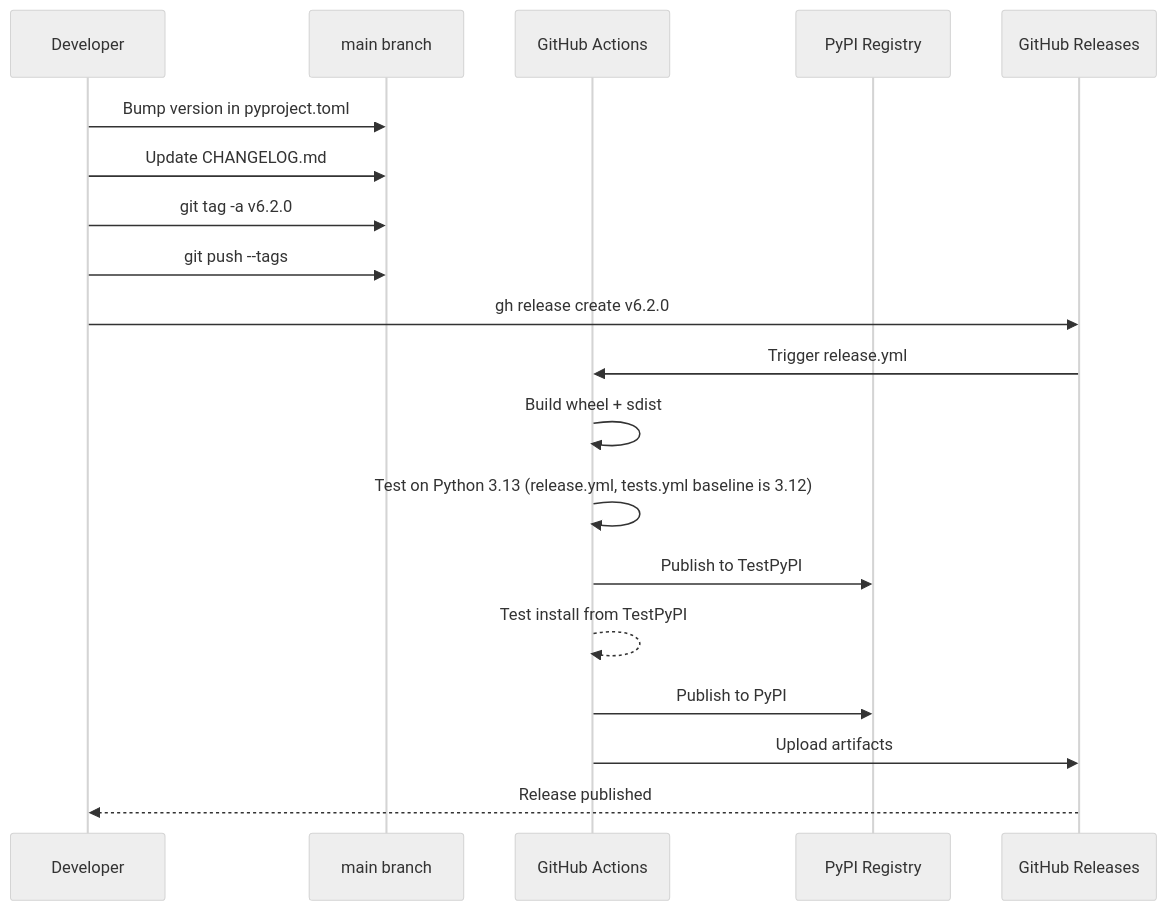
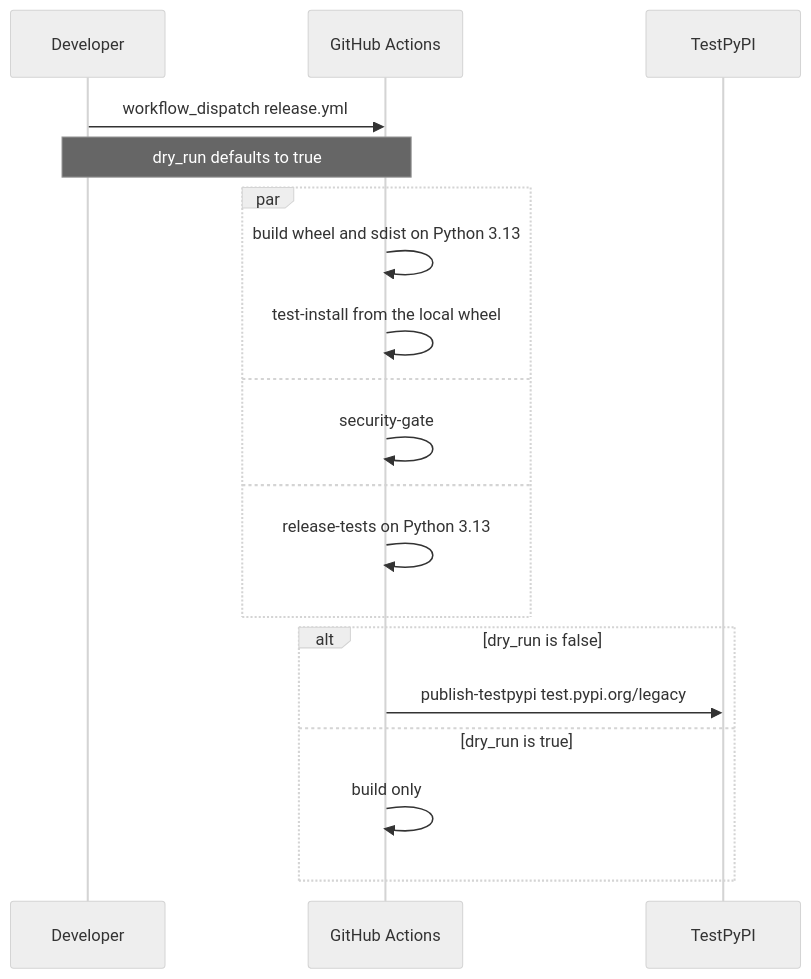
One commit to SatoryKono/BioactivityDataAcquisition changed the fifth of 8 diagrams in docs/03-guides/github-workflow-diagrams.md. Above: the diagram before and after it, drawn with Mermaid (neutral theme). The commit also changed other lines of this file and 56 other files, not shown here.

First line of the commit message:
docs(diagrams): align workflow graphs and class slices

````diff
--- a/docs/03-guides/github-workflow-diagrams.md
+++ b/docs/03-guides/github-workflow-diagrams.md
@@ -126,22 +125,22 @@
 ```mermaid
 sequenceDiagram
     participant Dev as Developer
-    participant Main as main branch
     participant CI as GitHub Actions
-    participant PyPI as PyPI Registry
-    participant GH as GitHub Releases
-    
-    Dev->>Main: Bump version in pyproject.toml
-    Dev->>Main: Update CHANGELOG.md
-    Dev->>Main: git tag -a v6.2.0
-    Dev->>Main: git push --tags
-    Dev->>GH: gh release create v6.2.0
-    GH->>CI: Trigger release.yml
-    CI->>CI: Build wheel + sdist
-    CI->>CI: Test on Python 3.13 (release.yml, tests.yml baseline is 3.12)
-    CI->>PyPI: Publish to TestPyPI
-    CI-->>CI: Test install from TestPyPI
-    CI->>PyPI: Publish to PyPI
-    CI->>GH: Upload artifacts
-    GH-->>Dev: Release published
+    participant TestPyPI as TestPyPI
+
+    Dev->>CI: workflow_dispatch release.yml
+    Note over Dev,CI: dry_run defaults to true
+    par
+        CI->>CI: build wheel and sdist on Python 3.13
+        CI->>CI: test-install from the local wheel
+    and
+        CI->>CI: security-gate
+    and
+        CI->>CI: release-tests on Python 3.13
+    end
+    alt dry_run is false
+        CI->>TestPyPI: publish-testpypi test.pypi.org/legacy
+    else dry_run is true
+        CI->>CI: build only
+    end
 ```
````
